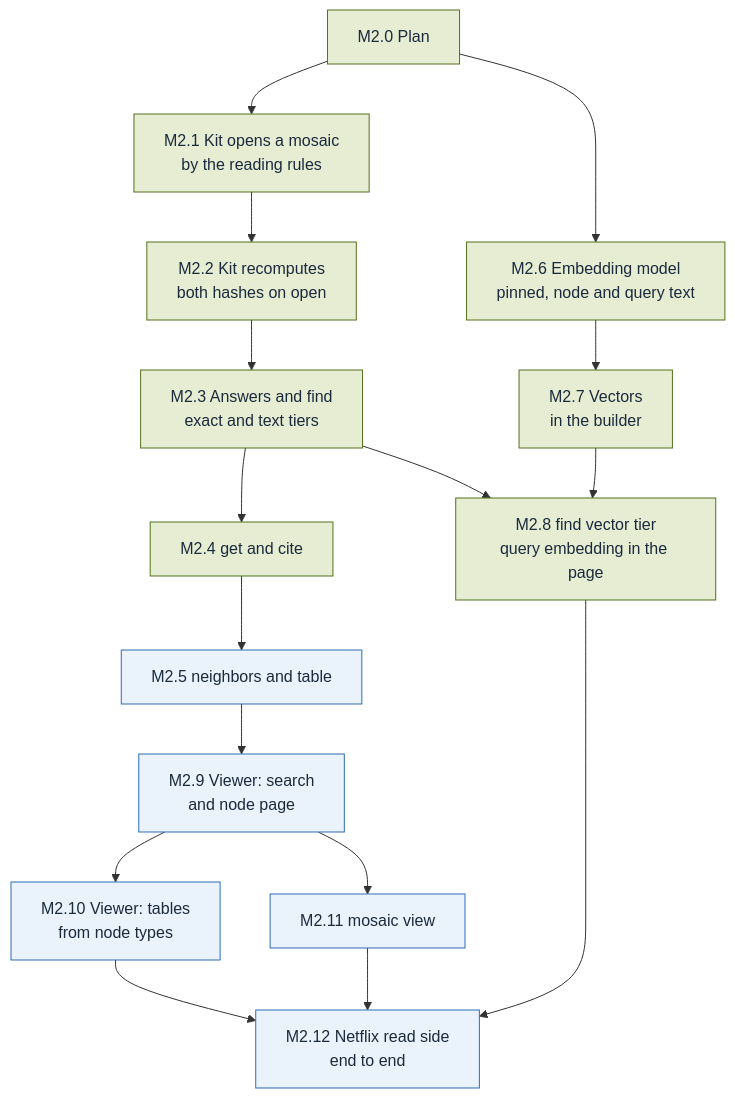
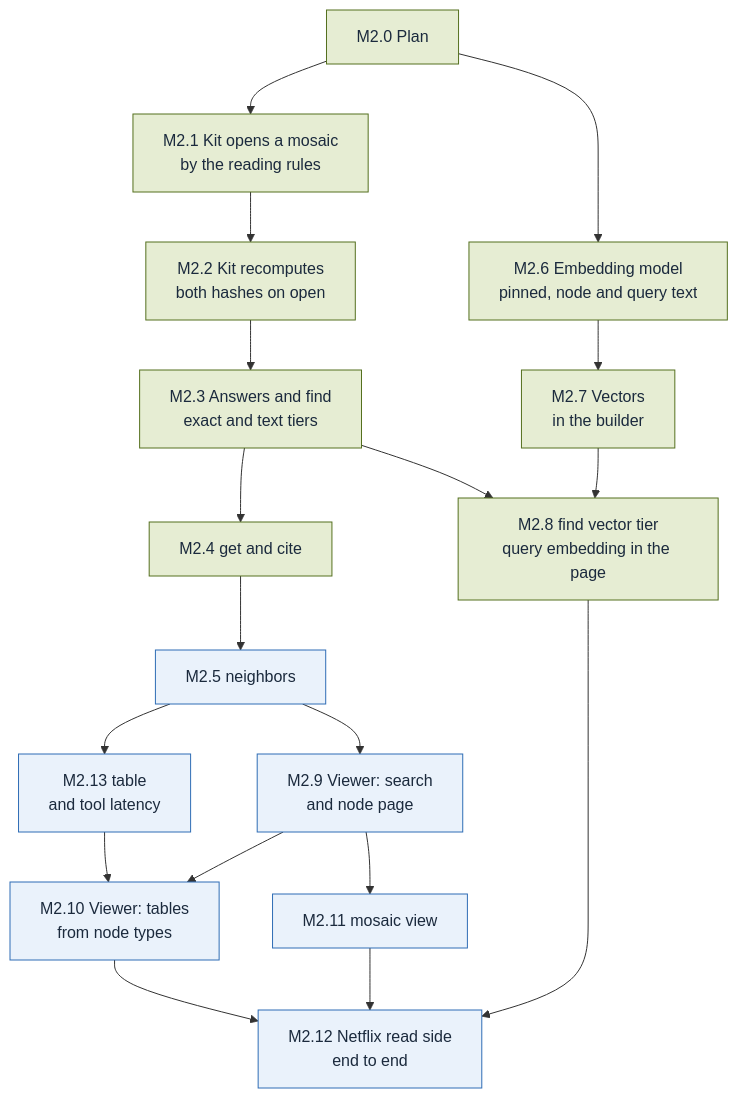
The diagram in plan/M2.md (alcjor/Mosaic), drawn with Mermaid before and after one commit. The commit also changed other lines of this file, not shown here.

First line of the commit message:
M2.5 plan: split table and tool latency into M2.13

````diff
--- a/plan/M2.md
+++ b/plan/M2.md
@@ -3,36 +3,39 @@
 ```mermaid
 flowchart TD
   M2_0["M2.0 Plan"]
   M2_1["M2.1 Kit opens a mosaic<br/>by the reading rules"]
   M2_2["M2.2 Kit recomputes<br/>both hashes on open"]
   M2_3["M2.3 Answers and find<br/>exact and text tiers"]
   M2_4["M2.4 get and cite"]
-  M2_5["M2.5 neighbors and table"]
+  M2_5["M2.5 neighbors"]
+  M2_13["M2.13 table<br/>and tool latency"]
   M2_6["M2.6 Embedding model<br/>pinned, node and query text"]
   M2_7["M2.7 Vectors<br/>in the builder"]
   M2_8["M2.8 find vector tier<br/>query embedding in the page"]
   M2_9["M2.9 Viewer: search<br/>and node page"]
   M2_10["M2.10 Viewer: tables<br/>from node types"]
   M2_11["M2.11 mosaic view"]
   M2_12["M2.12 Netflix read side<br/>end to end"]
   M2_0 --> M2_1
   M2_1 --> M2_2
   M2_2 --> M2_3
   M2_3 --> M2_4
   M2_4 --> M2_5
+  M2_5 --> M2_13
   M2_0 --> M2_6
   M2_6 --> M2_7
   M2_3 --> M2_8
   M2_7 --> M2_8
   M2_5 --> M2_9
   M2_9 --> M2_10
+  M2_13 --> M2_10
   M2_9 --> M2_11
   M2_8 --> M2_12
   M2_10 --> M2_12
   M2_11 --> M2_12
   classDef done fill:#E6EDD3,stroke:#55701F,color:#1B2A3D
   classDef todo fill:#EAF2FB,stroke:#2F6DB5,color:#1B2A3D
   classDef parked fill:#FCEFCF,stroke:#F2B630,color:#1B2A3D
   class M2_0,M2_1,M2_2,M2_3,M2_4,M2_6,M2_7,M2_8 done
-  class M2_5,M2_9,M2_10,M2_11,M2_12 todo
+  class M2_5,M2_9,M2_10,M2_11,M2_12,M2_13 todo
 ```
````
